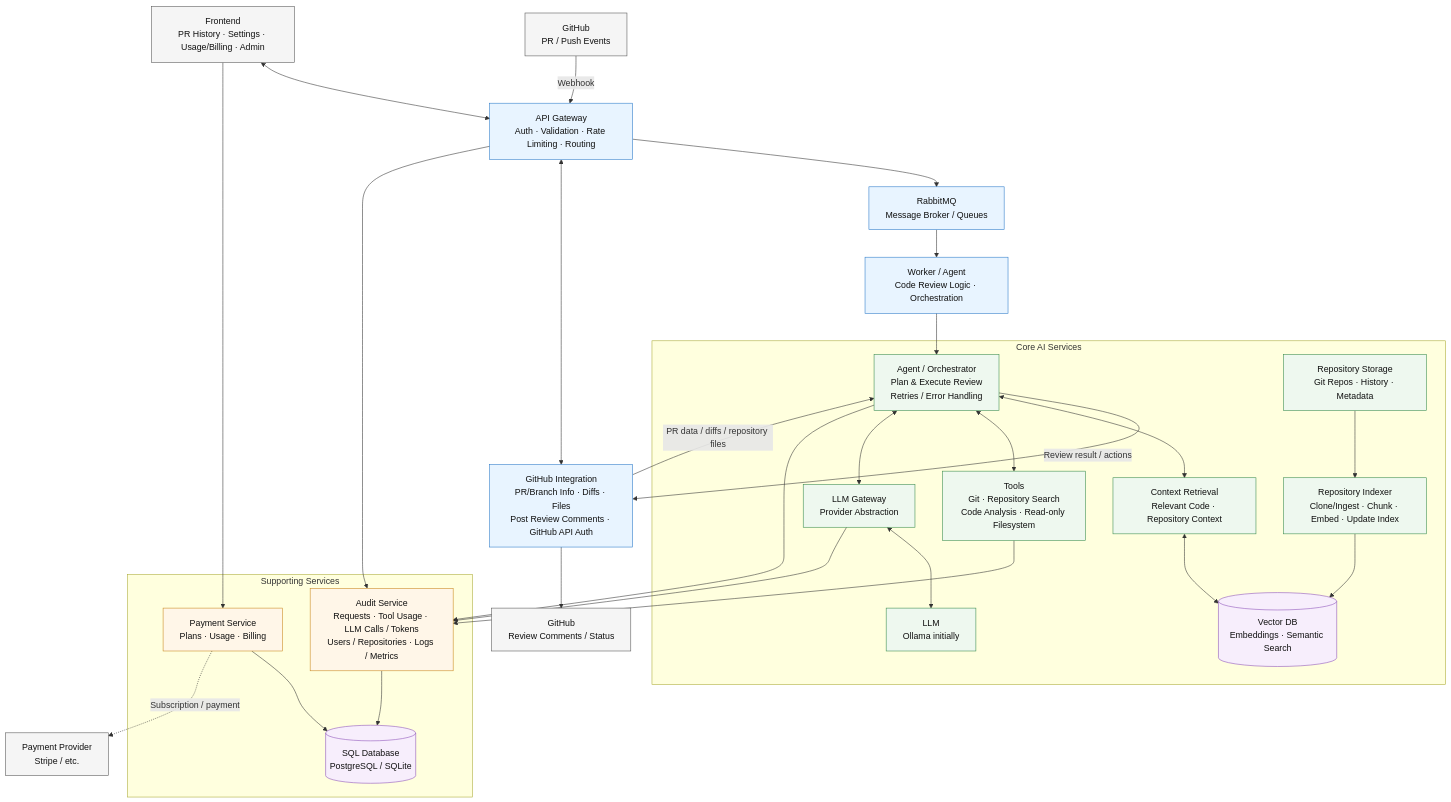
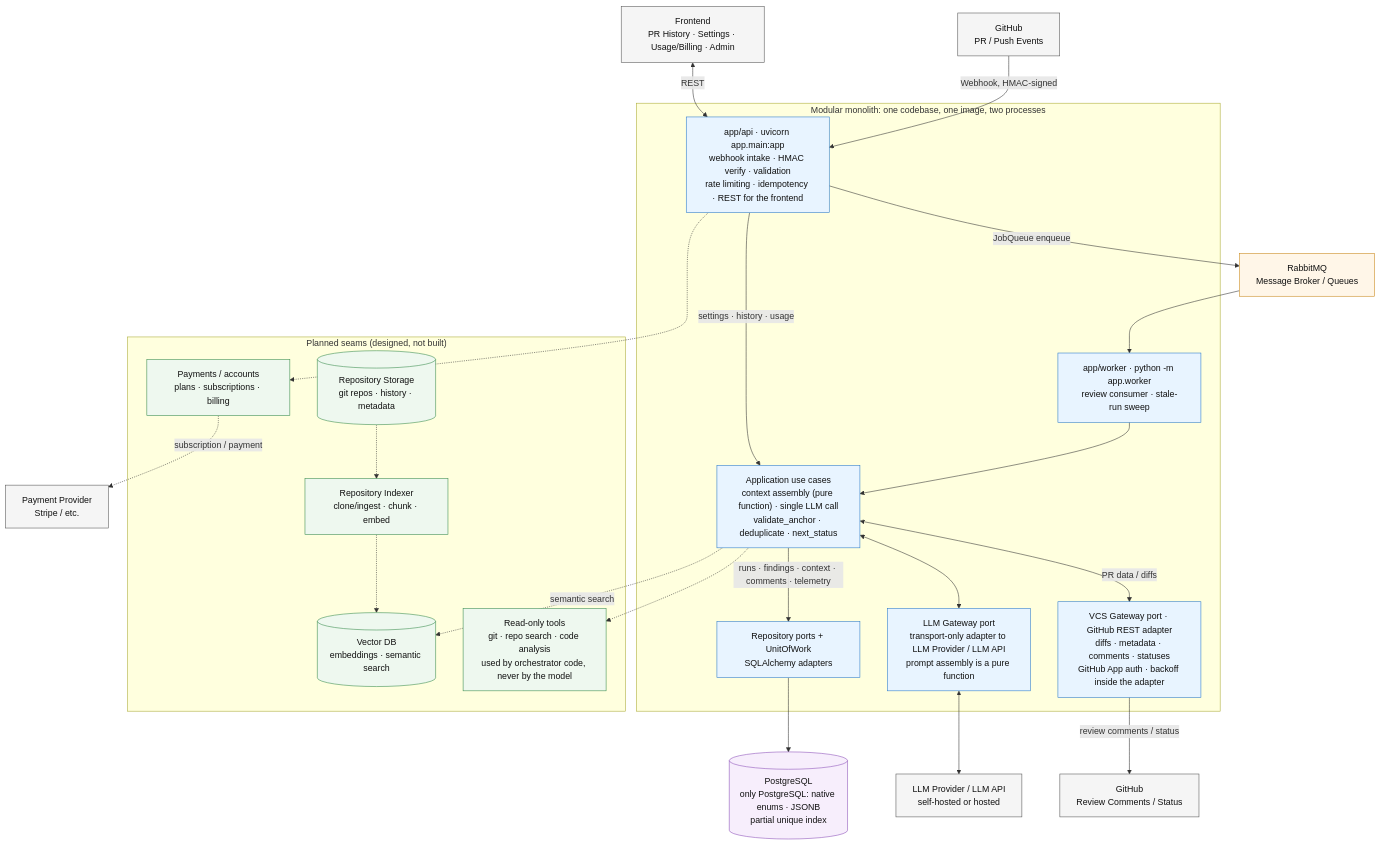
Before and after one commit to larchanka-training/dmc-268-api-t1: the diagram in docs/SYSTEM_DESIGN.md, drawn with Mermaid. The commit also changed other lines of this file, not shown here.

Commit message:
Feat: fixing discrepancies between BACKEND_ARCHITECTURE.md and SYSTEM_DESIGN.md

````diff
--- a/docs/SYSTEM_DESIGN.md
+++ b/docs/SYSTEM_DESIGN.md
@@ -6,85 +12,70 @@
     GH[GitHub<br/>PR / Push Events]
     GHR[GitHub<br/>Review Comments / Status]
     PP[Payment Provider<br/>Stripe / etc.]
+    LLM[LLM Provider / LLM API<br/>self-hosted or hosted]
+    FE[Frontend<br/>PR History · Settings · Usage/Billing · Admin]
 
-    %% Entry
-    APIGW[API Gateway<br/>Auth · Validation · Rate Limiting · Routing]
+    %% Infrastructure
     MQ[RabbitMQ<br/>Message Broker / Queues]
+    DB[(PostgreSQL<br/>only PostgreSQL: native enums · JSONB<br/>partial unique index)]
 
-    %% Core execution
-    AGENT[Worker / Agent<br/>Code Review Logic · Orchestration]
-    GHI[GitHub Integration<br/>PR/Branch Info · Diffs · Files<br/>Post Review Comments · GitHub API Auth]
-
-    %% AI services
-    subgraph AI["Core AI Services"]
-        CR[Context Retrieval<br/>Relevant Code · Repository Context]
-        ORCH[Agent / Orchestrator<br/>Plan & Execute Review<br/>Retries / Error Handling]
-        TOOLS[Tools<br/>Git · Repository Search<br/>Code Analysis · Read-only Filesystem]
-        VDB[(Vector DB<br/>Embeddings · Semantic Search)]
-        LGW[LLM Gateway<br/>Provider Abstraction]
-        LLM[LLM<br/>Ollama initially]
-        IDX[Repository Indexer<br/>Clone/Ingest · Chunk · Embed · Update Index]
-        RS[Repository Storage<br/>Git Repos · History · Metadata]
+    %% Modular monolith
+    subgraph MONOLITH["Modular monolith: one codebase, one image, two processes"]
+        API["app/api · uvicorn app.main:app<br/>webhook intake · HMAC verify · validation<br/>rate limiting · idempotency · REST for the frontend"]
+        WORKER["app/worker · python -m app.worker<br/>review consumer · stale-run sweep"]
+        ORCH["Application use cases<br/>context assembly (pure function) · single LLM call<br/>validate_anchor · deduplicate · next_status"]
+        VCS["VCS Gateway port · GitHub REST adapter<br/>diffs · metadata · comments · statuses<br/>GitHub App auth · backoff inside the adapter"]
+        LGW["LLM Gateway port<br/>transport-only adapter to LLM Provider / LLM API<br/>prompt assembly is a pure function"]
+        REPOS["Repository ports + UnitOfWork<br/>SQLAlchemy adapters"]
     end
 
-    %% Supporting
-    subgraph SUPPORT["Supporting Services"]
-        AUD[Audit Service<br/>Requests · Tool Usage · LLM Calls / Tokens<br/>Users / Repositories · Logs / Metrics]
-        SQL[(SQL Database<br/>PostgreSQL / SQLite)]
-        PAY[Payment Service<br/>Plans · Usage · Billing]
+    %% Planned seams
+    subgraph PLANNED["Planned seams (designed, not built)"]
+        PAY["Payments / accounts<br/>plans · subscriptions · billing"]
+        TOOLS["Read-only tools<br/>git · repo search · code analysis<br/>used by orchestrator code, never by the model"]
+        IDX["Repository Indexer<br/>clone/ingest · chunk · embed"]
+        VDB[(Vector DB<br/>embeddings · semantic search)]
+        RS[("Repository Storage<br/>git repos · history · metadata")]
     end
 
-    %% Frontend
-    FE[Frontend<br/>PR History · Settings · Usage/Billing · Admin]
+    %% Event flow
+    GH -->|Webhook, HMAC-signed| API
+    FE <-->|REST| API
+    API -->|JobQueue enqueue| MQ
+    MQ --> WORKER
+    WORKER --> ORCH
+    API -->|settings · history · usage| ORCH
 
-    %% Main event flow
-    GH -->|Webhook| APIGW
-    APIGW --> MQ
-    MQ --> AGENT
-    AGENT --> ORCH
+    %% VCS
+    ORCH <-->|PR data / diffs| VCS
+    VCS -->|review comments / status| GHR
 
-    %% GitHub integration
-    APIGW <--> GHI
-    GHI -->|PR data / diffs / repository files| ORCH
-    ORCH -->|Review result / actions| GHI
-    GHI --> GHR
-
-    %% Agent internals
-    ORCH <--> CR
-    ORCH <--> TOOLS
+    %% LLM
     ORCH <--> LGW
     LGW <--> LLM
-    CR <--> VDB
 
-    %% Repository indexing
-    RS --> IDX
-    IDX --> VDB
+    %% Data and telemetry
+    ORCH -->|runs · findings · context · comments · telemetry| REPOS
+    REPOS --> DB
 
-    %% Frontend
-    FE <--> APIGW
-
-    %% Audit
-    APIGW --> AUD
-    ORCH --> AUD
-    TOOLS --> AUD
-    LGW --> AUD
-    AUD --> SQL
-
-    %% Billing
-    FE --> PAY
-    PAY --> SQL
-    PAY -. Subscription / payment .-> PP
+    %% Planned seams
+    API -.-> PAY
+    PAY -.->|subscription / payment| PP
+    ORCH -.-> TOOLS
+    ORCH -.->|semantic search| VDB
+    RS -.-> IDX
+    IDX -.-> VDB
 
     %% Styling
     classDef external fill:#f5f5f5,stroke:#555,color:#111;
     classDef core fill:#e8f4ff,stroke:#2878c8,color:#111;
-    classDef ai fill:#eef8ef,stroke:#368a4a,color:#111;
-    classDef support fill:#fff6e8,stroke:#c88719,color:#111;
+    classDef planned fill:#eef8ef,stroke:#368a4a,color:#111;
+    classDef infra fill:#fff6e8,stroke:#c88719,color:#111;
     classDef db fill:#f7eefc,stroke:#8a4db8,color:#111;
 
-    class GH,GHR,PP,FE external;
-    class APIGW,MQ,AGENT,GHI core;
-    class CR,ORCH,TOOLS,LGW,LLM,IDX,RS ai;
-    class AUD,PAY support;
-    class VDB,SQL db;
+    class GH,GHR,PP,LLM,FE external;
+    class API,WORKER,ORCH,VCS,LGW,REPOS core;
+    class PAY,TOOLS,IDX,VDB,RS planned;
+    class MQ infra;
+    class DB db;
 ```
````
